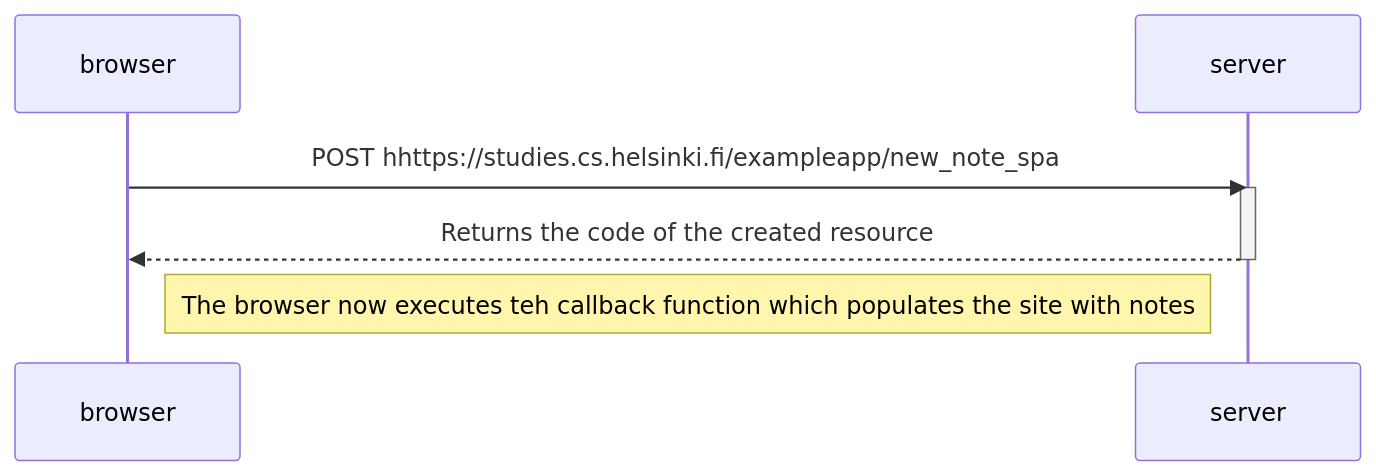
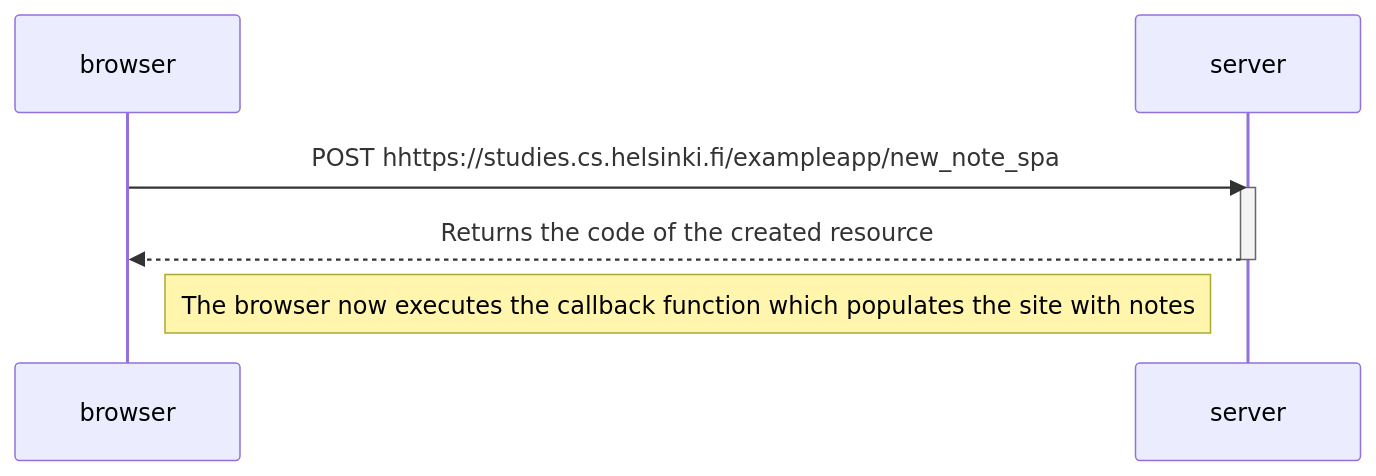
One commit to Adam-Petrovic/FullStackOpen changed the diagram in part0/ex6.md. Above: the diagram before and after it, drawn with Mermaid.

Commit message:
Update ex6.md
Spelling mistake

````diff
--- a/part0/ex6.md
+++ b/part0/ex6.md
@@ -1,12 +1,12 @@
 ```mermaid
 sequenceDiagram
 participant browser
 participant server
 
  browser->>server: POST hhttps://studies.cs.helsinki.fi/exampleapp/new_note_spa
     activate server
     server-->>browser: Returns the code of the created resource
     deactivate server
 
-Note right of browser: The browser now executes teh callback function which populates the site with notes
+Note right of browser: The browser now executes the callback function which populates the site with notes
 ```
````
